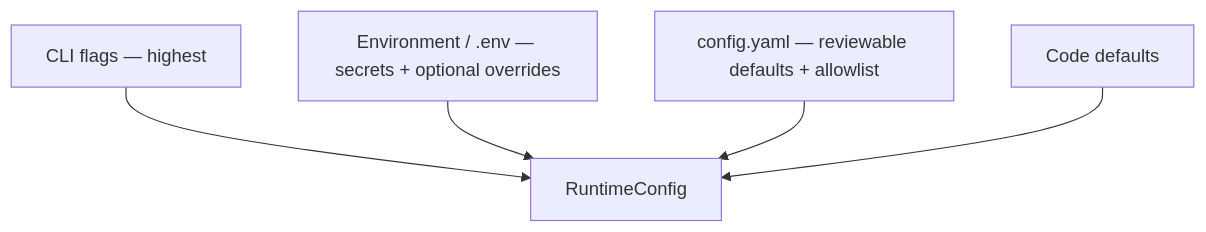
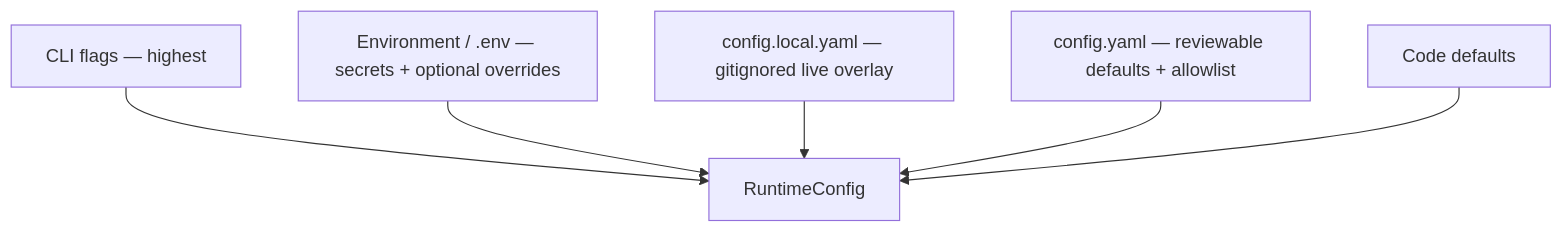
The diagram in docs/config-surface.md (vishwaksena-dingari/computer-use-automation), drawn with Mermaid before and after one commit. The commit also changed other lines of this file and 51 other files, not shown here.

First line of the commit message:
Ship Apply UI product track: config overlay, import-plan, cua apply.

````diff
--- a/docs/config-surface.md
+++ b/docs/config-surface.md
@@ -9,11 +9,13 @@
 ```mermaid
 flowchart TB
   CLI["CLI flags — highest"]
   ENV["Environment / .env — secrets + optional overrides"]
+  LOCAL["config.local.yaml — gitignored live overlay"]
   FILE["config.yaml — reviewable defaults + allowlist"]
   CODE["Code defaults"]
   CLI --> MERGE[RuntimeConfig]
   ENV --> MERGE
+  LOCAL --> MERGE
   FILE --> MERGE
   CODE --> MERGE
 ```
````
